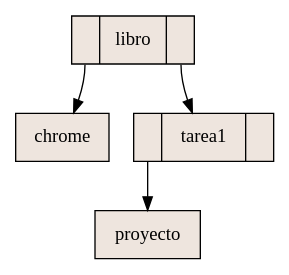
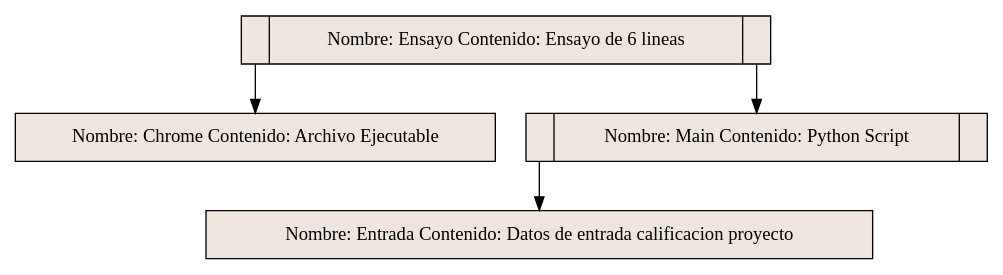
The diagram in Proyecto2/src/reportes/avl.dot (chrissramos/EDD_2S2019_PY2_201602869), drawn with Graphviz before and after one commit. The commit also changed 11 other files, not shown here.

Commit message:
adding avl graph

```diff
--- a/Proyecto2/src/reportes/avl.dot
+++ b/Proyecto2/src/reportes/avl.dot
@@ -1,11 +1,11 @@
 digraph grafica{
 rankdir=TB;
 node [shape = record, style=filled, fillcolor=seashell2];
-nodo3 [ label ="<C0>|libro|<C1>"];
-nodo2 [ label ="chrome"];
-nodo3:C0->nodo2
-nodo1 [ label ="<C0>|tarea1|<C1>"];
-nodo4 [ label ="proyecto"];
+nodo2 [ label ="<C0>|Nombre: Ensayo Contenido: Ensayo de 6 lineas|<C1>"];
+nodo3 [ label ="Nombre: Chrome Contenido: Archivo Ejecutable"];
+nodo2:C0->nodo3
+nodo1 [ label ="<C0>|Nombre: Main Contenido: Python Script|<C1>"];
+nodo4 [ label ="Nombre: Entrada Contenido: Datos de entrada calificacion proyecto"];
 nodo1:C0->nodo4
-nodo3:C1->nodo1
+nodo2:C1->nodo1
 }
```
